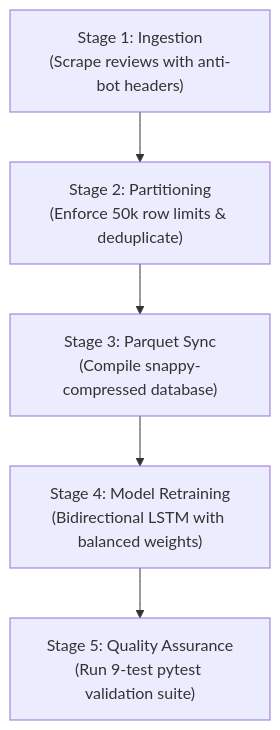
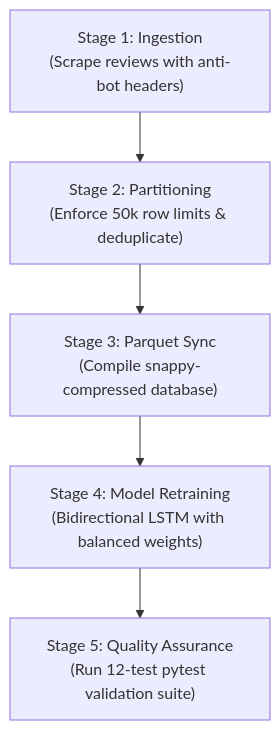
Before and after one commit to mightyalok00/apple-review-sentiment-lstm: the fifth of 5 diagrams in PROJECT_GUIDE.md, drawn with Mermaid. The commit also changed other lines of this file and 16 other files, not shown here.

Commit message:
Upgrade Model Evaluation, Reproducibility, and CI/CD Testing to 10/10 with baseline suite, one-command runner, and expanded test coverage

````diff
--- a/PROJECT_GUIDE.md
+++ b/PROJECT_GUIDE.md
@@ -223,7 +253,7 @@
 ```mermaid
 flowchart TD
     S1["Stage 1: Ingestion<br>(Scrape reviews with anti-bot headers)"] --> S2["Stage 2: Partitioning<br>(Enforce 50k row limits & deduplicate)"]
     S2 --> S3["Stage 3: Parquet Sync<br>(Compile snappy-compressed database)"]
     S3 --> S4["Stage 4: Model Retraining<br>(Bidirectional LSTM with balanced weights)"]
-    S4 --> S5["Stage 5: Quality Assurance<br>(Run 9-test pytest validation suite)"]
+    S4 --> S5["Stage 5: Quality Assurance<br>(Run 12-test pytest validation suite)"]
 ```
````
